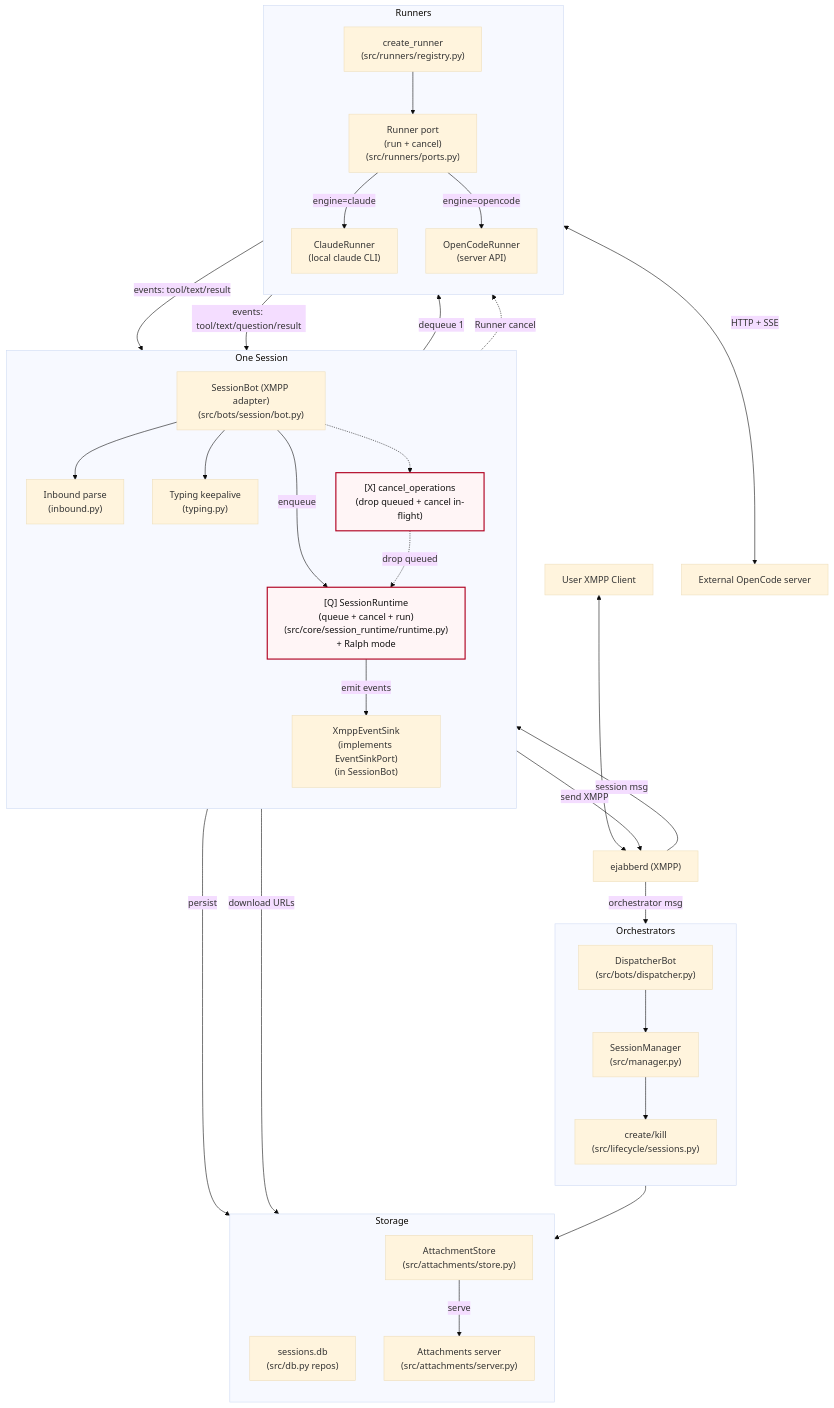
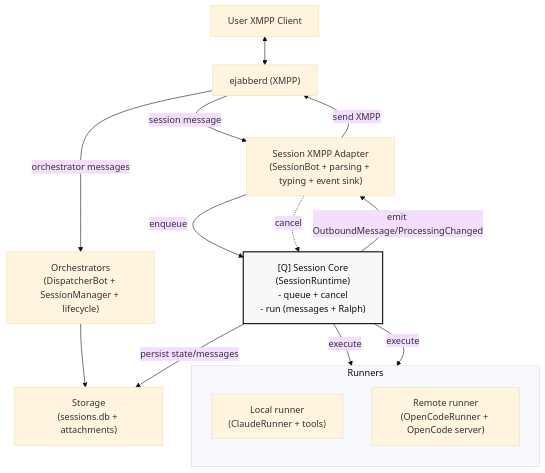
One commit to 0xrin1/switch changed the diagram in docs/diagrams/session-message-flow.mermaid. Above: the diagram before and after it, drawn with Mermaid (base theme). The commit also changed 2 other files, not shown here.

Commit message:
docs: simplify architecture diagrams
Replace detailed component diagrams with larger conceptual blocks (adapter/core/runners/storage) for easier reading.

```diff
--- a/docs/diagrams/session-message-flow.mermaid
+++ b/docs/diagrams/session-message-flow.mermaid
@@ -1,75 +1,39 @@
 flowchart TB
-  %% Session message flow (readable on GitHub)
+  %% Switch: big-block session architecture
 
   User["User XMPP Client"]
   XMPP["ejabberd (XMPP)"]
+  Orchestrators["Orchestrators\n(DispatcherBot + SessionManager + lifecycle)"]
 
-  subgraph Orchestrators["Orchestrators"]
-    direction TB
-    Dispatcher["DispatcherBot\n(src/bots/dispatcher.py)"]
-    Manager["SessionManager\n(src/manager.py)"]
-    Lifecycle["create/kill\n(src/lifecycle/sessions.py)"]
-  end
-
-  subgraph Session["One Session"]
-    direction TB
-    SessionBot["SessionBot (XMPP adapter)\n(src/bots/session/bot.py)"]
-    Inbound["Inbound parse\n(inbound.py)"]
-    Typing["Typing keepalive\n(typing.py)"]
-    Sink["XmppEventSink\n(implements EventSinkPort)\n(in SessionBot)"]
-    Runtime["[Q] SessionRuntime\n(queue + cancel + run)\n(src/core/session_runtime/runtime.py)\n+ Ralph mode"]
-    Cancel["[X] cancel_operations\n(drop queued + cancel in-flight)"]
-  end
+  Adapter["Session XMPP Adapter\n(SessionBot + parsing + typing + event sink)"]
+  Core["[Q] Session Core\n(SessionRuntime)\n- queue + cancel\n- run (messages + Ralph)"]
 
   subgraph Runners["Runners"]
     direction TB
-    Registry["create_runner\n(src/runners/registry.py)"]
-    Ports["Runner port\n(run + cancel)\n(src/runners/ports.py)"]
-    Claude["ClaudeRunner\n(local claude CLI)"]
-    OpenCode["OpenCodeRunner\n(server API)"]
+    Local["Local runner\n(ClaudeRunner + tools)"]
+    Remote["Remote runner\n(OpenCodeRunner + OpenCode server)"]
   end
 
-  subgraph Storage["Storage"]
-    direction TB
-    DB["sessions.db\n(src/db.py repos)"]
-    AttStore["AttachmentStore\n(src/attachments/store.py)"]
-    AttHTTP["Attachments server\n(src/attachments/server.py)"]
-  end
+  Storage["Storage\n(sessions.db + attachments)"]
 
-  OpenCodeSrv["External OpenCode server"]
+  %% High-level flows
+  User <--> XMPP
+  XMPP -->|"orchestrator messages"| Orchestrators
+  Orchestrators --> Storage
 
-  %% XMPP edges
-  User <--> XMPP
-  XMPP -->|"orchestrator msg"| Dispatcher
-  Dispatcher --> Manager --> Lifecycle --> DB
+  XMPP -->|"session message"| Adapter
+  Adapter -->|enqueue| Core
+  Core -->|persist state/messages| Storage
 
-  XMPP -->|"session msg"| SessionBot
-  SessionBot --> Inbound
-  SessionBot --> Typing
-  SessionBot -->|enqueue| Runtime
-  Runtime -->|persist| DB
+  Core -->|execute| Local
+  Core -->|execute| Remote
 
-  %% Attachments
-  SessionBot -->|download URLs| AttStore -->|serve| AttHTTP
+  %% Outbound path
+  Core -->|emit OutboundMessage/ProcessingChanged| Adapter
+  Adapter -->|send XMPP| XMPP
 
-  %% Runner selection
-  Runtime -->|dequeue 1| Registry --> Ports
-  Ports -->|engine=claude| Claude
-  Ports -->|engine=opencode| OpenCode
-  OpenCode <--> |HTTP + SSE| OpenCodeSrv
+  %% Cancellation (single choke point)
+  Adapter -.->|cancel| Core
 
-  %% Streaming back
-  Claude -->|events: tool/text/result| Runtime
-  OpenCode -->|events: tool/text/question/result| Runtime
-
-  %% Back to user (events)
-  Runtime -->|emit events| Sink
-  Sink -->|send XMPP| XMPP
-
-  %% Cancellation
-  SessionBot -.-> Cancel
-  Cancel -.->|drop queued| Runtime
-  Cancel -.->|Runner cancel| Ports
-
-  classDef cancel stroke:#b00020,stroke-width:2px,fill:#fff5f6,color:#111;
-  class Cancel,Runtime cancel;
+  classDef core stroke:#111,stroke-width:2px,fill:#f8f8f8,color:#111;
+  class Core core;
```
